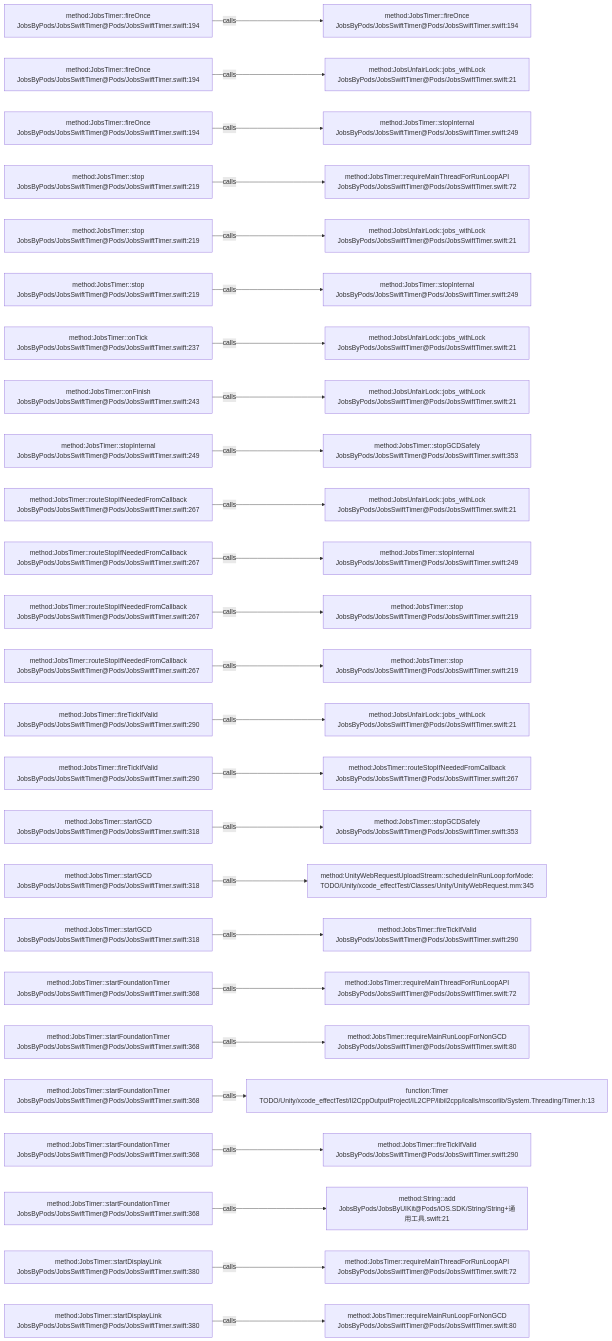
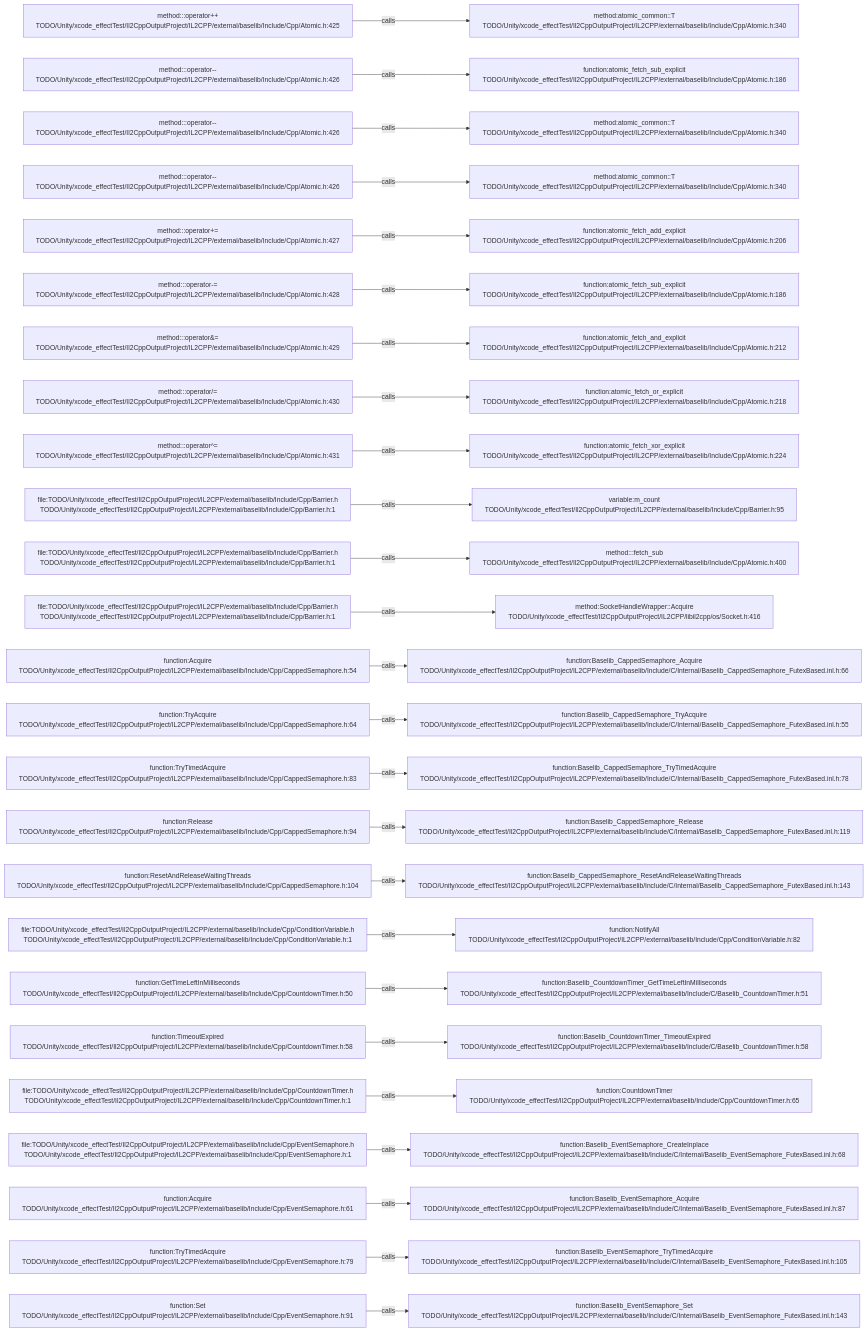
The diagram in .codegraph/codegraph.md/graphs/calls-060.md (JobsKits/JobsSwiftBaseConfigDemo), drawn with Mermaid before and after one commit. The commit also changed 227 other files, not shown here.

````diff
--- a/.codegraph/codegraph.md/graphs/calls-060.md
+++ b/.codegraph/codegraph.md/graphs/calls-060.md
@@ -13,78 +13,78 @@
 ```mermaid
 flowchart LR
-  S1["method:JobsTimer::fireOnce<br/>JobsByPods/JobsSwiftTimer@Pods/JobsSwiftTimer.swift:194"]
-  T1["method:JobsTimer::fireOnce<br/>JobsByPods/JobsSwiftTimer@Pods/JobsSwiftTimer.swift:194"]
+  S1["method:<anonymous>::operator++<br/>TODO/Unity/xcode_effectTest/Il2CppOutputProject/IL2CPP/external/baselib/Include/Cpp/Atomic.h:425"]
+  T1["method:atomic_common::T<br/>TODO/Unity/xcode_effectTest/Il2CppOutputProject/IL2CPP/external/baselib/Include/Cpp/Atomic.h:340"]
   S1 -->|calls| T1
-  S2["method:JobsTimer::fireOnce<br/>JobsByPods/JobsSwiftTimer@Pods/JobsSwiftTimer.swift:194"]
-  T2["method:JobsUnfairLock::jobs_withLock<br/>JobsByPods/JobsSwiftTimer@Pods/JobsSwiftTimer.swift:21"]
+  S2["method:<anonymous>::operator--<br/>TODO/Unity/xcode_effectTest/Il2CppOutputProject/IL2CPP/external/baselib/Include/Cpp/Atomic.h:426"]
+  T2["function:atomic_fetch_sub_explicit<br/>TODO/Unity/xcode_effectTest/Il2CppOutputProject/IL2CPP/external/baselib/Include/Cpp/Atomic.h:186"]
   S2 -->|calls| T2
-  S3["method:JobsTimer::fireOnce<br/>JobsByPods/JobsSwiftTimer@Pods/JobsSwiftTimer.swift:194"]
-  T3["method:JobsTimer::stopInternal<br/>JobsByPods/JobsSwiftTimer@Pods/JobsSwiftTimer.swift:249"]
+  S3["method:<anonymous>::operator--<br/>TODO/Unity/xcode_effectTest/Il2CppOutputProject/IL2CPP/external/baselib/Include/Cpp/Atomic.h:426"]
+  T3["method:atomic_common::T<br/>TODO/Unity/xcode_effectTest/Il2CppOutputProject/IL2CPP/external/baselib/Include/Cpp/Atomic.h:340"]
   S3 -->|calls| T3
-  S4["method:JobsTimer::stop<br/>JobsByPods/JobsSwiftTimer@Pods/JobsSwiftTimer.swift:219"]
-  T4["method:JobsTimer::requireMainThreadForRunLoopAPI<br/>JobsByPods/JobsSwiftTimer@Pods/JobsSwiftTimer.swift:72"]
+  S4["method:<anonymous>::operator--<br/>TODO/Unity/xcode_effectTest/Il2CppOutputProject/IL2CPP/external/baselib/Include/Cpp/Atomic.h:426"]
+  T4["method:atomic_common::T<br/>TODO/Unity/xcode_effectTest/Il2CppOutputProject/IL2CPP/external/baselib/Include/Cpp/Atomic.h:340"]
   S4 -->|calls| T4
-  S5["method:JobsTimer::stop<br/>JobsByPods/JobsSwiftTimer@Pods/JobsSwiftTimer.swift:219"]
-  T5["method:JobsUnfairLock::jobs_withLock<br/>JobsByPods/JobsSwiftTimer@Pods/JobsSwiftTimer.swift:21"]
+  S5["method:<anonymous>::operator+=<br/>TODO/Unity/xcode_effectTest/Il2CppOutputProject/IL2CPP/external/baselib/Include/Cpp/Atomic.h:427"]
+  T5["function:atomic_fetch_add_explicit<br/>TODO/Unity/xcode_effectTest/Il2CppOutputProject/IL2CPP/external/baselib/Include/Cpp/Atomic.h:206"]
   S5 -->|calls| T5
-  S6["method:JobsTimer::stop<br/>JobsByPods/JobsSwiftTimer@Pods/JobsSwiftTimer.swift:219"]
-  T6["method:JobsTimer::stopInternal<br/>JobsByPods/JobsSwiftTimer@Pods/JobsSwiftTimer.swift:249"]
+  S6["method:<anonymous>::operator-=<br/>TODO/Unity/xcode_effectTest/Il2CppOutputProject/IL2CPP/external/baselib/Include/Cpp/Atomic.h:428"]
+  T6["function:atomic_fetch_sub_explicit<br/>TODO/Unity/xcode_effectTest/Il2CppOutputProject/IL2CPP/external/baselib/Include/Cpp/Atomic.h:186"]
   S6 -->|calls| T6
-  S7["method:JobsTimer::onTick<br/>JobsByPods/JobsSwiftTimer@Pods/JobsSwiftTimer.swift:237"]
-  T7["method:JobsUnfairLock::jobs_withLock<br/>JobsByPods/JobsSwiftTimer@Pods/JobsSwiftTimer.swift:21"]
+  S7["method:<anonymous>::operator&=<br/>TODO/Unity/xcode_effectTest/Il2CppOutputProject/IL2CPP/external/baselib/Include/Cpp/Atomic.h:429"]
+  T7["function:atomic_fetch_and_explicit<br/>TODO/Unity/xcode_effectTest/Il2CppOutputProject/IL2CPP/external/baselib/Include/Cpp/Atomic.h:212"]
   S7 -->|calls| T7
-  S8["method:JobsTimer::onFinish<br/>JobsByPods/JobsSwiftTimer@Pods/JobsSwiftTimer.swift:243"]
-  T8["method:JobsUnfairLock::jobs_withLock<br/>JobsByPods/JobsSwiftTimer@Pods/JobsSwiftTimer.swift:21"]
+  S8["method:<anonymous>::operator/=<br/>TODO/Unity/xcode_effectTest/Il2CppOutputProject/IL2CPP/external/baselib/Include/Cpp/Atomic.h:430"]
+  T8["function:atomic_fetch_or_explicit<br/>TODO/Unity/xcode_effectTest/Il2CppOutputProject/IL2CPP/external/baselib/Include/Cpp/Atomic.h:218"]
   S8 -->|calls| T8
-  S9["method:JobsTimer::stopInternal<br/>JobsByPods/JobsSwiftTimer@Pods/JobsSwiftTimer.swift:249"]
-  T9["method:JobsTimer::stopGCDSafely<br/>JobsByPods/JobsSwiftTimer@Pods/JobsSwiftTimer.swift:353"]
+  S9["method:<anonymous>::operator^=<br/>TODO/Unity/xcode_effectTest/Il2CppOutputProject/IL2CPP/external/baselib/Include/Cpp/Atomic.h:431"]
+  T9["function:atomic_fetch_xor_explicit<br/>TODO/Unity/xcode_effectTest/Il2CppOutputProject/IL2CPP/external/baselib/Include/Cpp/Atomic.h:224"]
   S9 -->|calls| T9
-  S10["method:JobsTimer::routeStopIfNeededFromCallback<br/>JobsByPods/JobsSwiftTimer@Pods/JobsSwiftTimer.swift:267"]
-  T10["method:JobsUnfairLock::jobs_withLock<br/>JobsByPods/JobsSwiftTimer@Pods/JobsSwiftTimer.swift:21"]
+  S10["file:TODO/Unity/xcode_effectTest/Il2CppOutputProject/IL2CPP/external/baselib/Include/Cpp/Barrier.h<br/>TODO/Unity/xcode_effectTest/Il2CppOutputProject/IL2CPP/external/baselib/Include/Cpp/Barrier.h:1"]
+  T10["variable:m_count<br/>TODO/Unity/xcode_effectTest/Il2CppOutputProject/IL2CPP/external/baselib/Include/Cpp/Barrier.h:95"]
   S10 -->|calls| T10
-  S11["method:JobsTimer::routeStopIfNeededFromCallback<br/>JobsByPods/JobsSwiftTimer@Pods/JobsSwiftTimer.swift:267"]
-  T11["method:JobsTimer::stopInternal<br/>JobsByPods/JobsSwiftTimer@Pods/JobsSwiftTimer.swift:249"]
+  S11["file:TODO/Unity/xcode_effectTest/Il2CppOutputProject/IL2CPP/external/baselib/Include/Cpp/Barrier.h<br/>TODO/Unity/xcode_effectTest/Il2CppOutputProject/IL2CPP/external/baselib/Include/Cpp/Barrier.h:1"]
+  T11["method:<anonymous>::fetch_sub<br/>TODO/Unity/xcode_effectTest/Il2CppOutputProject/IL2CPP/external/baselib/Include/Cpp/Atomic.h:400"]
   S11 -->|calls| T11
-  S12["method:JobsTimer::routeStopIfNeededFromCallback<br/>JobsByPods/JobsSwiftTimer@Pods/JobsSwiftTimer.swift:267"]
-  T12["method:JobsTimer::stop<br/>JobsByPods/JobsSwiftTimer@Pods/JobsSwiftTimer.swift:219"]
+  S12["file:TODO/Unity/xcode_effectTest/Il2CppOutputProject/IL2CPP/external/baselib/Include/Cpp/Barrier.h<br/>TODO/Unity/xcode_effectTest/Il2CppOutputProject/IL2CPP/external/baselib/Include/Cpp/Barrier.h:1"]
+  T12["method:SocketHandleWrapper::Acquire<br/>TODO/Unity/xcode_effectTest/Il2CppOutputProject/IL2CPP/libil2cpp/os/Socket.h:416"]
   S12 -->|calls| T12
-  S13["method:JobsTimer::routeStopIfNeededFromCallback<br/>JobsByPods/JobsSwiftTimer@Pods/JobsSwiftTimer.swift:267"]
-  T13["method:JobsTimer::stop<br/>JobsByPods/JobsSwiftTimer@Pods/JobsSwiftTimer.swift:219"]
+  S13["function:Acquire<br/>TODO/Unity/xcode_effectTest/Il2CppOutputProject/IL2CPP/external/baselib/Include/Cpp/CappedSemaphore.h:54"]
+  T13["function:Baselib_CappedSemaphore_Acquire<br/>TODO/Unity/xcode_effectTest/Il2CppOutputProject/IL2CPP/external/baselib/Include/C/Internal/Baselib_CappedSemaphore_FutexBased.inl.h:66"]
   S13 -->|calls| T13
-  S14["method:JobsTimer::fireTickIfValid<br/>JobsByPods/JobsSwiftTimer@Pods/JobsSwiftTimer.swift:290"]
-  T14["method:JobsUnfairLock::jobs_withLock<br/>JobsByPods/JobsSwiftTimer@Pods/JobsSwiftTimer.swift:21"]
+  S14["function:TryAcquire<br/>TODO/Unity/xcode_effectTest/Il2CppOutputProject/IL2CPP/external/baselib/Include/Cpp/CappedSemaphore.h:64"]
+  T14["function:Baselib_CappedSemaphore_TryAcquire<br/>TODO/Unity/xcode_effectTest/Il2CppOutputProject/IL2CPP/external/baselib/Include/C/Internal/Baselib_CappedSemaphore_FutexBased.inl.h:55"]
   S14 -->|calls| T14
-  S15["method:JobsTimer::fireTickIfValid<br/>JobsByPods/JobsSwiftTimer@Pods/JobsSwiftTimer.swift:290"]
-  T15["method:JobsTimer::routeStopIfNeededFromCallback<br/>JobsByPods/JobsSwiftTimer@Pods/JobsSwiftTimer.swift:267"]
+  S15["function:TryTimedAcquire<br/>TODO/Unity/xcode_effectTest/Il2CppOutputProject/IL2CPP/external/baselib/Include/Cpp/CappedSemaphore.h:83"]
+  T15["function:Baselib_CappedSemaphore_TryTimedAcquire<br/>TODO/Unity/xcode_effectTest/Il2CppOutputProject/IL2CPP/external/baselib/Include/C/Internal/Baselib_CappedSemaphore_FutexBased.inl.h:78"]
   S15 -->|calls| T15
-  S16["method:JobsTimer::startGCD<br/>JobsByPods/JobsSwiftTimer@Pods/JobsSwiftTimer.swift:318"]
-  T16["method:JobsTimer::stopGCDSafely<br/>JobsByPods/JobsSwiftTimer@Pods/JobsSwiftTimer.swift:353"]
+  S16["function:Release<br/>TODO/Unity/xcode_effectTest/Il2CppOutputProject/IL2CPP/external/baselib/Include/Cpp/CappedSemaphore.h:94"]
+  T16["function:Baselib_CappedSemaphore_Release<br/>TODO/Unity/xcode_effectTest/Il2CppOutputProject/IL2CPP/external/baselib/Include/C/Internal/Baselib_CappedSemaphore_FutexBased.inl.h:119"]
   S16 -->|calls| T16
-  S17["method:JobsTimer::startGCD<br/>JobsByPods/JobsSwiftTimer@Pods/JobsSwiftTimer.swift:318"]
-  T17["method:UnityWebRequestUploadStream::scheduleInRunLoop:forMode:<br/>TODO/Unity/xcode_effectTest/Classes/Unity/UnityWebRequest.mm:345"]
+  S17["function:ResetAndReleaseWaitingThreads<br/>TODO/Unity/xcode_effectTest/Il2CppOutputProject/IL2CPP/external/baselib/Include/Cpp/CappedSemaphore.h:104"]
+  T17["function:Baselib_CappedSemaphore_ResetAndReleaseWaitingThreads<br/>TODO/Unity/xcode_effectTest/Il2CppOutputProject/IL2CPP/external/baselib/Include/C/Internal/Baselib_CappedSemaphore_FutexBased.inl.h:143"]
   S17 -->|calls| T17
-  S18["method:JobsTimer::startGCD<br/>JobsByPods/JobsSwiftTimer@Pods/JobsSwiftTimer.swift:318"]
-  T18["method:JobsTimer::fireTickIfValid<br/>JobsByPods/JobsSwiftTimer@Pods/JobsSwiftTimer.swift:290"]
+  S18["file:TODO/Unity/xcode_effectTest/Il2CppOutputProject/IL2CPP/external/baselib/Include/Cpp/ConditionVariable.h<br/>TODO/Unity/xcode_effectTest/Il2CppOutputProject/IL2CPP/external/baselib/Include/Cpp/ConditionVariable.h:1"]
+  T18["function:NotifyAll<br/>TODO/Unity/xcode_effectTest/Il2CppOutputProject/IL2CPP/external/baselib/Include/Cpp/ConditionVariable.h:82"]
   S18 -->|calls| T18
-  S19["method:JobsTimer::startFoundationTimer<br/>JobsByPods/JobsSwiftTimer@Pods/JobsSwiftTimer.swift:368"]
-  T19["method:JobsTimer::requireMainThreadForRunLoopAPI<br/>JobsByPods/JobsSwiftTimer@Pods/JobsSwiftTimer.swift:72"]
+  S19["function:GetTimeLeftInMilliseconds<br/>TODO/Unity/xcode_effectTest/Il2CppOutputProject/IL2CPP/external/baselib/Include/Cpp/CountdownTimer.h:50"]
+  T19["function:Baselib_CountdownTimer_GetTimeLeftInMilliseconds<br/>TODO/Unity/xcode_effectTest/Il2CppOutputProject/IL2CPP/external/baselib/Include/C/Baselib_CountdownTimer.h:51"]
   S19 -->|calls| T19
-  S20["method:JobsTimer::startFoundationTimer<br/>JobsByPods/JobsSwiftTimer@Pods/JobsSwiftTimer.swift:368"]
-  T20["method:JobsTimer::requireMainRunLoopForNonGCD<br/>JobsByPods/JobsSwiftTimer@Pods/JobsSwiftTimer.swift:80"]
+  S20["function:TimeoutExpired<br/>TODO/Unity/xcode_effectTest/Il2CppOutputProject/IL2CPP/external/baselib/Include/Cpp/CountdownTimer.h:58"]
+  T20["function:Baselib_CountdownTimer_TimeoutExpired<br/>TODO/Unity/xcode_effectTest/Il2CppOutputProject/IL2CPP/external/baselib/Include/C/Baselib_CountdownTimer.h:58"]
   S20 -->|calls| T20
-  S21["method:JobsTimer::startFoundationTimer<br/>JobsByPods/JobsSwiftTimer@Pods/JobsSwiftTimer.swift:368"]
-  T21["function:Timer<br/>TODO/Unity/xcode_effectTest/Il2CppOutputProject/IL2CPP/libil2cpp/icalls/mscorlib/System.Threading/Timer.h:13"]
+  S21["file:TODO/Unity/xcode_effectTest/Il2CppOutputProject/IL2CPP/external/baselib/Include/Cpp/CountdownTimer.h<br/>TODO/Unity/xcode_effectTest/Il2CppOutputProject/IL2CPP/external/baselib/Include/Cpp/CountdownTimer.h:1"]
+  T21["function:CountdownTimer<br/>TODO/Unity/xcode_effectTest/Il2CppOutputProject/IL2CPP/external/baselib/Include/Cpp/CountdownTimer.h:65"]
   S21 -->|calls| T21
-  S22["method:JobsTimer::startFoundationTimer<br/>JobsByPods/JobsSwiftTimer@Pods/JobsSwiftTimer.swift:368"]
-  T22["method:JobsTimer::fireTickIfValid<br/>JobsByPods/JobsSwiftTimer@Pods/JobsSwiftTimer.swift:290"]
+  S22["file:TODO/Unity/xcode_effectTest/Il2CppOutputProject/IL2CPP/external/baselib/Include/Cpp/EventSemaphore.h<br/>TODO/Unity/xcode_effectTest/Il2CppOutputProject/IL2CPP/external/baselib/Include/Cpp/EventSemaphore.h:1"]
+  T22["function:Baselib_EventSemaphore_CreateInplace<br/>TODO/Unity/xcode_effectTest/Il2CppOutputProject/IL2CPP/external/baselib/Include/C/Internal/Baselib_EventSemaphore_FutexBased.inl.h:68"]
   S22 -->|calls| T22
-  S23["method:JobsTimer::startFoundationTimer<br/>JobsByPods/JobsSwiftTimer@Pods/JobsSwiftTimer.swift:368"]
-  T23["method:String::add<br/>JobsByPods/JobsByUIKit@Pods/iOS.SDK/String/String+通用工具.swift:21"]
+  S23["function:Acquire<br/>TODO/Unity/xcode_effectTest/Il2CppOutputProject/IL2CPP/external/baselib/Include/Cpp/EventSemaphore.h:61"]
+  T23["function:Baselib_EventSemaphore_Acquire<br/>TODO/Unity/xcode_effectTest/Il2CppOutputProject/IL2CPP/external/baselib/Include/C/Internal/Baselib_EventSemaphore_FutexBased.inl.h:87"]
   S23 -->|calls| T23
-  S24["method:JobsTimer::startDisplayLink<br/>JobsByPods/JobsSwiftTimer@Pods/JobsSwiftTimer.swift:380"]
-  T24["method:JobsTimer::requireMainThreadForRunLoopAPI<br/>JobsByPods/JobsSwiftTimer@Pods/JobsSwiftTimer.swift:72"]
+  S24["function:TryTimedAcquire<br/>TODO/Unity/xcode_effectTest/Il2CppOutputProject/IL2CPP/external/baselib/Include/Cpp/EventSemaphore.h:79"]
+  T24["function:Baselib_EventSemaphore_TryTimedAcquire<br/>TODO/Unity/xcode_effectTest/Il2CppOutputProject/IL2CPP/external/baselib/Include/C/Internal/Baselib_EventSemaphore_FutexBased.inl.h:105"]
   S24 -->|calls| T24
-  S25["method:JobsTimer::startDisplayLink<br/>JobsByPods/JobsSwiftTimer@Pods/JobsSwiftTimer.swift:380"]
-  T25["method:JobsTimer::requireMainRunLoopForNonGCD<br/>JobsByPods/JobsSwiftTimer@Pods/JobsSwiftTimer.swift:80"]
+  S25["function:Set<br/>TODO/Unity/xcode_effectTest/Il2CppOutputProject/IL2CPP/external/baselib/Include/Cpp/EventSemaphore.h:91"]
+  T25["function:Baselib_EventSemaphore_Set<br/>TODO/Unity/xcode_effectTest/Il2CppOutputProject/IL2CPP/external/baselib/Include/C/Internal/Baselib_EventSemaphore_FutexBased.inl.h:143"]
   S25 -->|calls| T25
 ```
````
